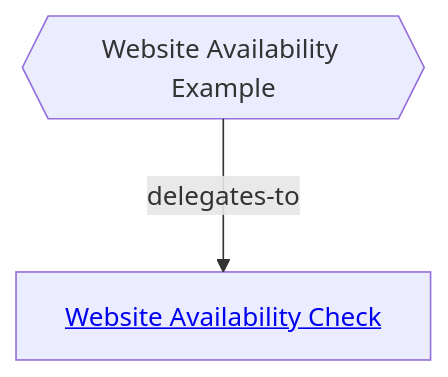
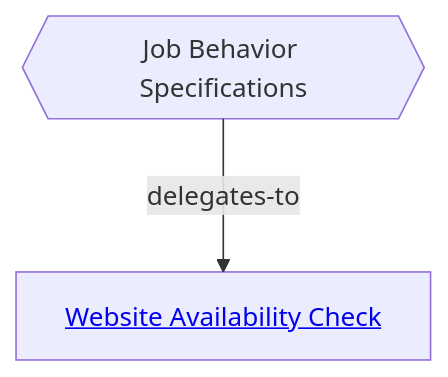
The first of 2 diagrams in README.md (vrparthasarathy/migration-job-discovery), drawn with Mermaid before and after one commit. The commit also changed other lines of this file and 21 other files, not shown here.

Commit message:
Plan Job Behavior Specifications.

````diff
--- a/README.md
+++ b/README.md
@@ -29,9 +34,9 @@
 ```mermaid
 ---
 config:
   layout: elk
 ---
 %%{init: {"securityLevel": "loose"}}%%
 flowchart TB
-  root{{"Website Availability Example"}} -->|delegates-to| check["<a href='website-availability-check/README.md#diagram'>Website Availability Check</a>"]
+  root{{"Job Behavior Specifications"}} -->|delegates-to| check["<a href='website-availability-check/README.md#diagram'>Website Availability Check</a>"]
 ```
````
